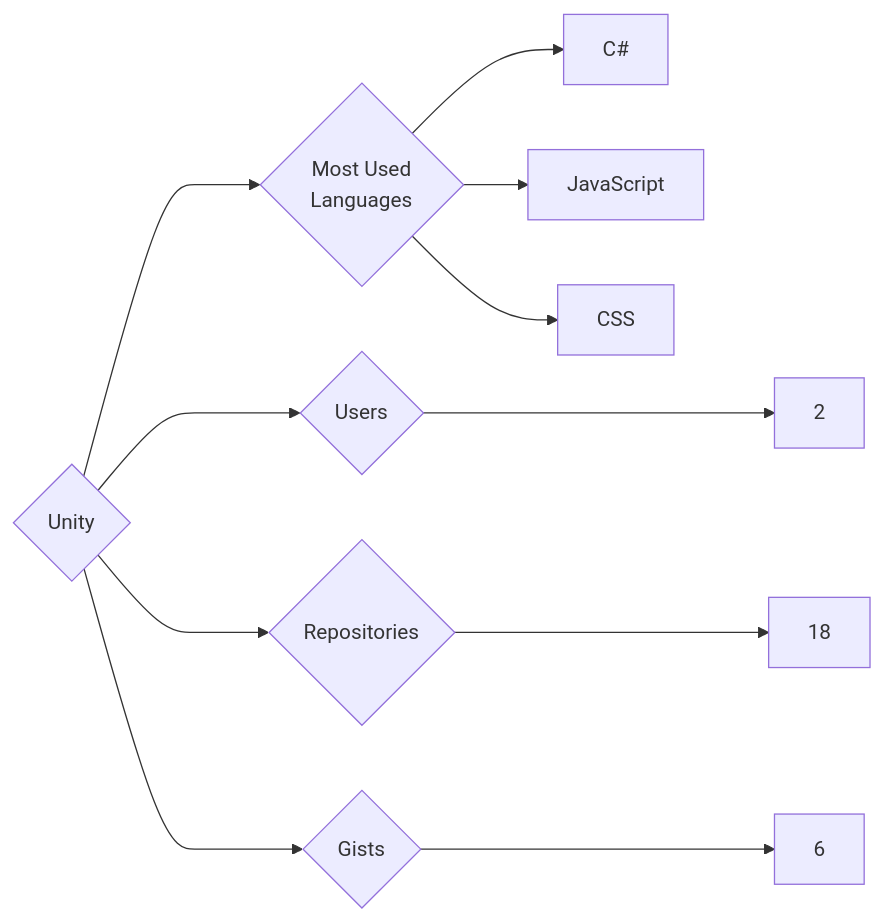
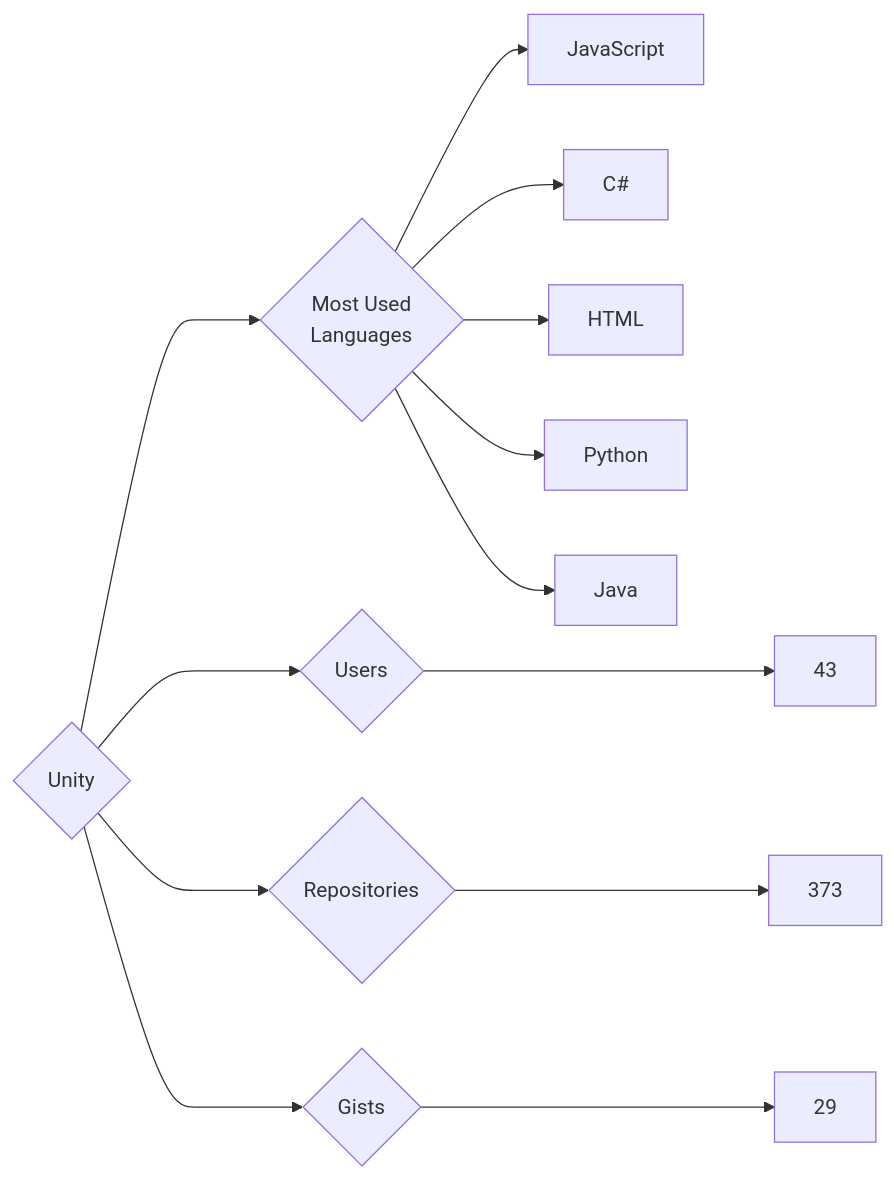
The diagram in targets/Unity/README.md (trickest/insiders), drawn with Mermaid before and after one commit. The commit also changed 1011 other files, not shown here.

````diff
--- a/targets/Unity/README.md
+++ b/targets/Unity/README.md
@@ -3,11 +3,13 @@
 ```mermaid
 graph LR
 COMPANY_NAME{Unity}
-COMPANY_NAME ---> U{Users} ---> UN[2]
-COMPANY_NAME ---> R{Repositories} ---> RN[18]
-COMPANY_NAME ---> G{Gists} ---> GN[6]
+COMPANY_NAME ---> U{Users} ---> UN[43]
+COMPANY_NAME ---> R{Repositories} ---> RN[373]
+COMPANY_NAME ---> G{Gists} ---> GN[29]
 COMPANY_NAME ---> ML{Most Used<br>Languages}
+ML --> JavaScript[JavaScript]
 ML --> C#[C#]
-ML --> JavaScript[JavaScript]
-ML --> CSS[CSS]
+ML --> HTML[HTML]
+ML --> Python[Python]
+ML --> Java[Java]
 ```
````
